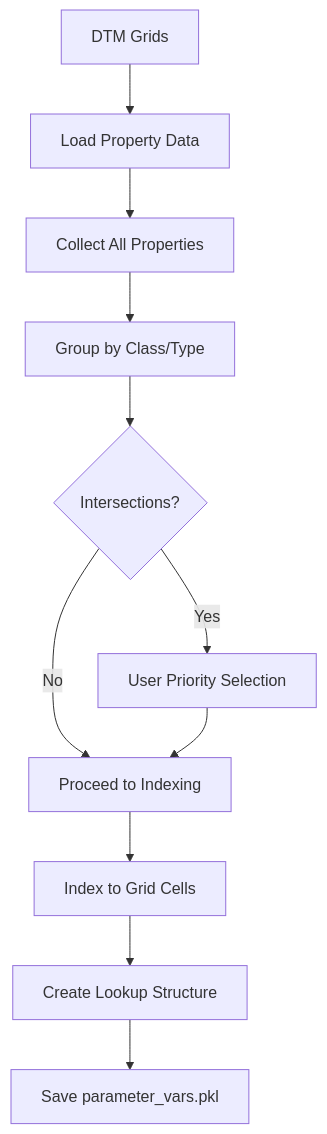
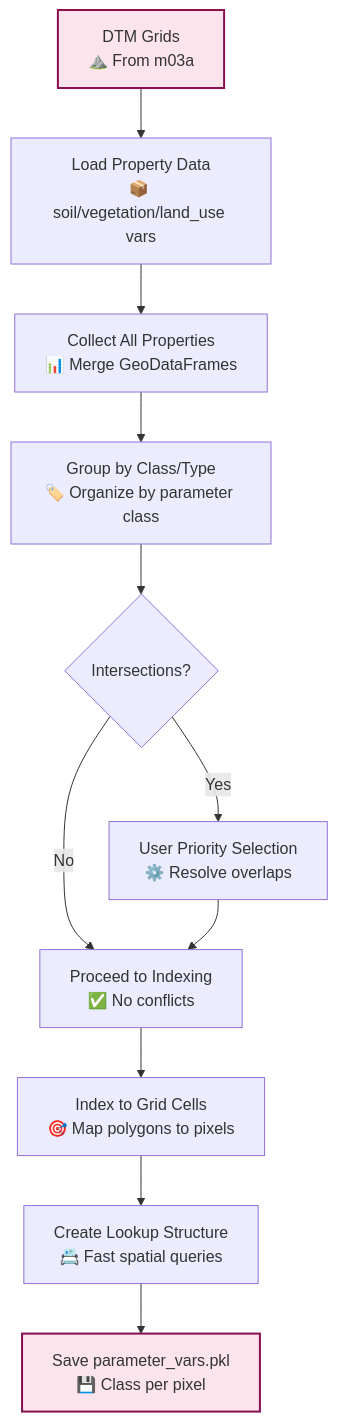
Before and after one commit to sasa-misia/P-SLIP: the diagram in docs/scripts/mains/m04a_parameter_indexing.md, drawn with Mermaid. The commit also changed 15 other files, not shown here.

Commit message:
docs: enhance documentation with detailed flowcharts and improve clarity in process descriptions

````diff
--- a/docs/scripts/mains/m04a_parameter_indexing.md
+++ b/docs/scripts/mains/m04a_parameter_indexing.md
@@ -256,13 +256,18 @@
 ```mermaid
 graph TD
-    A[DTM Grids] --> B[Load Property Data]
-    B --> C[Collect All Properties]
-    C --> D[Group by Class/Type]
+    %% Parameter Indexing Flow
+    A["DTM Grids<br/>⛰️ From m03a"] --> B["Load Property Data<br/>📦 soil/vegetation/land_use vars"]
+    B --> C["Collect All Properties<br/>📊 Merge GeoDataFrames"]
+    C --> D["Group by Class/Type<br/>🏷️ Organize by parameter class"]
     D --> E{Intersections?}
-    E -->|Yes| F[User Priority Selection]
-    E -->|No| G[Proceed to Indexing]
+    E -->|Yes| F["User Priority Selection<br/>⚙️ Resolve overlaps"]
+    E -->|No| G["Proceed to Indexing<br/>✅ No conflicts"]
     F --> G
-    G --> H[Index to Grid Cells]
-    H --> I[Create Lookup Structure]
-    I --> J[Save parameter_vars.pkl]
+    G --> H["Index to Grid Cells<br/>🎯 Map polygons to pixels"]
+    H --> I["Create Lookup Structure<br/>📇 Fast spatial queries"]
+    I --> J["Save parameter_vars.pkl<br/>💾 Class per pixel"]
+    
+    %% Styling
+    style A fill:#fce4ec,stroke:#880e4f,stroke-width:2px
+    style J fill:#fce4ec,stroke:#880e4f,stroke-width:2px
 ```
````
